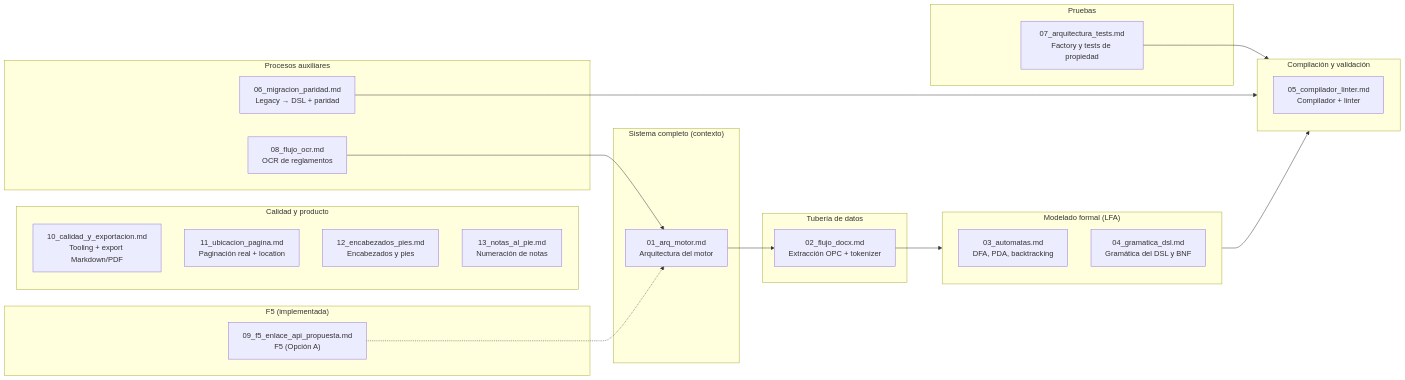
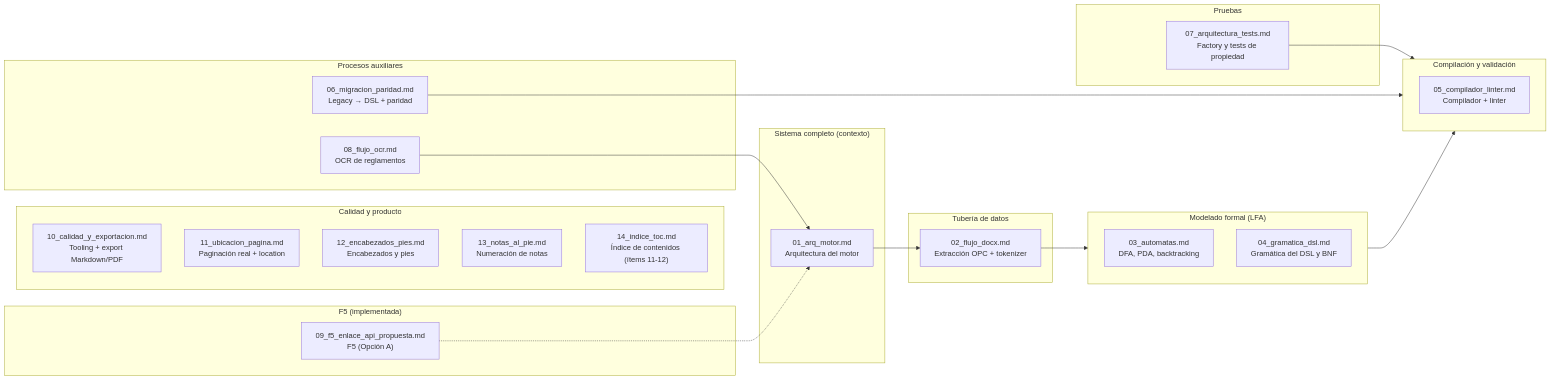
One commit to IvanSanchezSil/vistobueno changed the first of 2 diagrams in docs/diseno/00_indice_diseno.md. Above: the diagram before and after it, drawn with Mermaid. The commit also changed other lines of this file and 13 other files, not shown here.

First line of the commit message:
docs: índice de contenidos (diseño 14, DSL §14-15), backlog 11-12 ✅ y conteos 45->47

````diff
--- a/docs/diseno/00_indice_diseno.md
+++ b/docs/diseno/00_indice_diseno.md
@@ -31,47 +32,48 @@
 ```mermaid
 flowchart LR
     subgraph CONTEXTO["Sistema completo (contexto)"]
         A["01_arq_motor.md<br/>Arquitectura del motor"]
     end
 
     subgraph TUBERIA["Tubería de datos"]
         B["02_flujo_docx.md<br/>Extracción OPC + tokenizer"]
     end
 
     subgraph FORMAL["Modelado formal (LFA)"]
         C["03_automatas.md<br/>DFA, PDA, backtracking"]
         D["04_gramatica_dsl.md<br/>Gramática del DSL y BNF"]
     end
 
     subgraph COMPILACION["Compilación y validación"]
         E["05_compilador_linter.md<br/>Compilador + linter"]
     end
 
     subgraph PROCESOS["Procesos auxiliares"]
         F["06_migracion_paridad.md<br/>Legacy → DSL + paridad"]
         G["08_flujo_ocr.md<br/>OCR de reglamentos"]
     end
 
     subgraph PRUEBAS["Pruebas"]
         H["07_arquitectura_tests.md<br/>Factory y tests de propiedad"]
     end
 
     subgraph CALIDAD["Calidad y producto"]
         J["10_calidad_y_exportacion.md<br/>Tooling + export Markdown/PDF"]
         K["11_ubicacion_pagina.md<br/>Paginación real + location"]
         L["12_encabezados_pies.md<br/>Encabezados y pies"]
         M["13_notas_al_pie.md<br/>Numeración de notas"]
+        N["14_indice_toc.md<br/>Índice de contenidos (ítems 11-12)"]
     end
 
     subgraph FUTURO["F5 (implementada)"]
         I["09_f5_enlace_api_propuesta.md<br/>F5 (Opción A)"]
     end
 
     A --> B
     B --> FORMAL
     FORMAL --> COMPILACION
     F --> COMPILACION
     H --> COMPILACION
     G --> A
     I -.-> A
 ```
````
